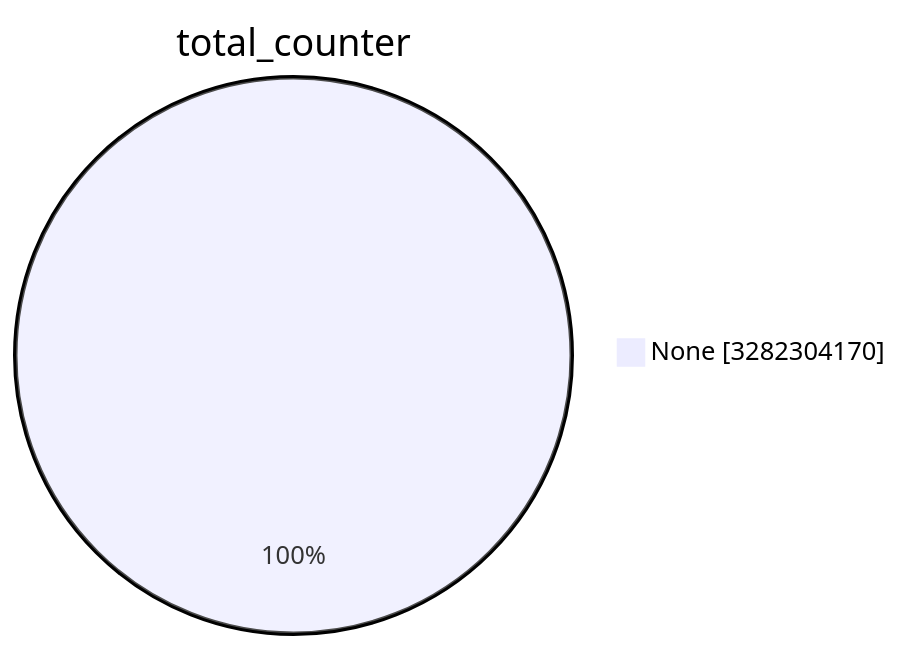
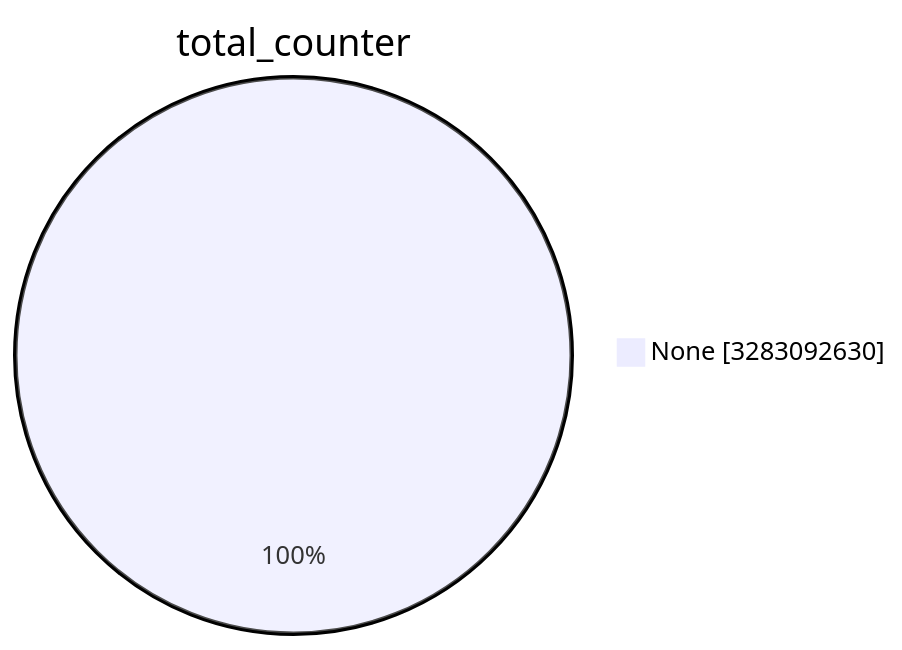
One commit to christiankrug/ctmonitor_visualization changed the first of 15 diagrams in TOTAL/README.md. Above: the diagram before and after it, drawn with Mermaid. The commit also changed other lines of this file, not shown here.

````diff
--- a/TOTAL/README.md
+++ b/TOTAL/README.md
@@ -1,5 +1,5 @@
 ```mermaid
 pie showData
 title total_counter
-"None" :3282304170
+"None" :3283092630
 ```
````
